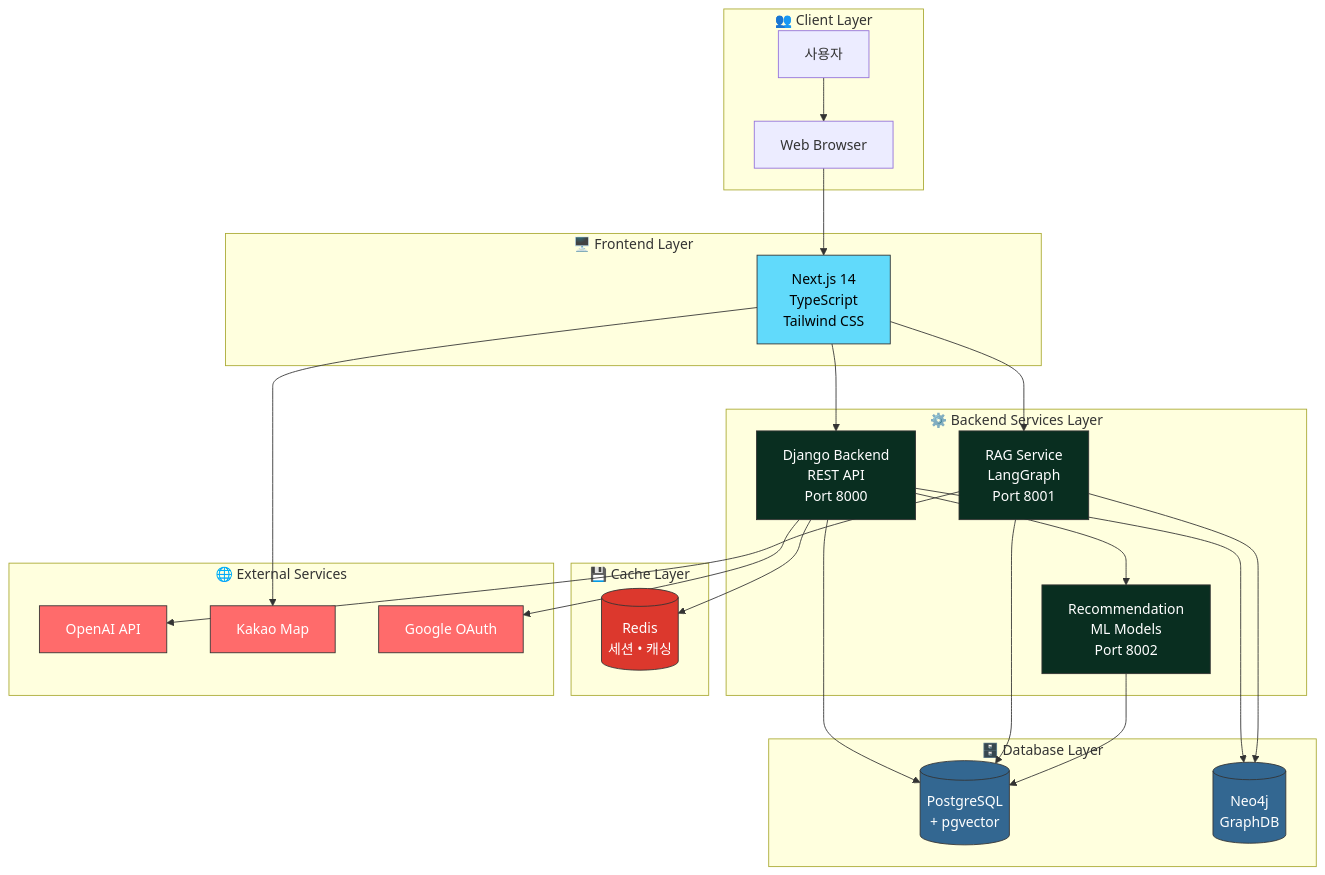
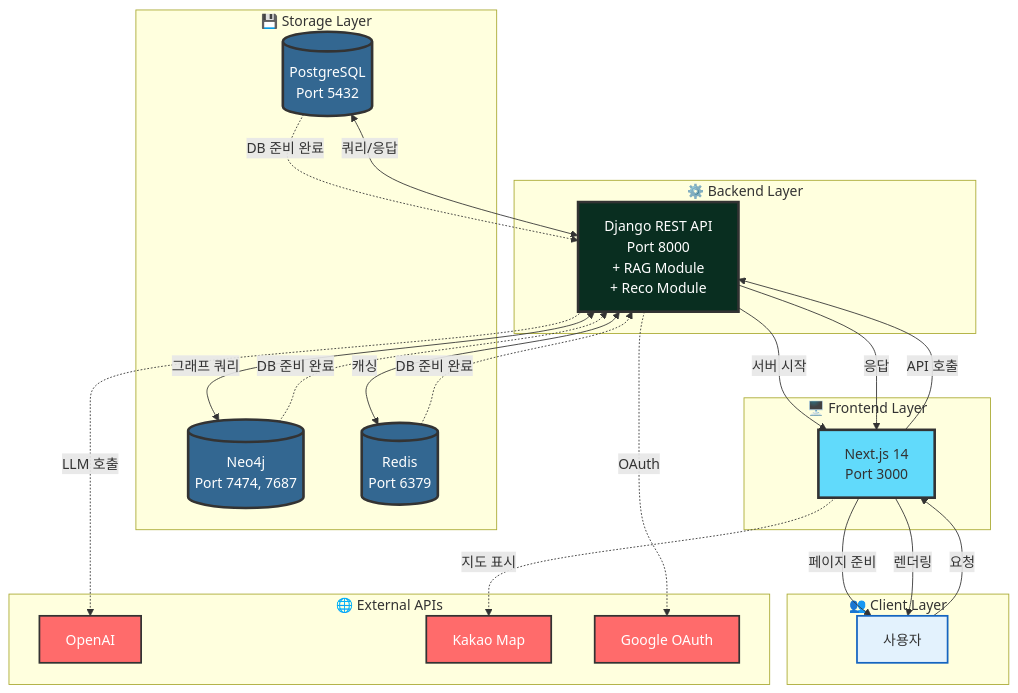
One commit to eunjeong0911/Property-recommend changed the first of 8 diagrams in docs/Architecture_Diagrams.md. Above: the diagram before and after it, drawn with Mermaid. The commit also changed other lines of this file and 4 other files, not shown here.

````diff
--- a/docs/Architecture_Diagrams.md
+++ b/docs/Architecture_Diagrams.md
@@ -5,62 +5,58 @@
 ```mermaid
-flowchart TD
-    subgraph CLIENT["👥 Client Layer"]
-        USER[사용자]
-        WEB[Web Browser]
+flowchart TB
+    subgraph STORAGE["💾 Storage Layer"]
+        POSTGRES[(PostgreSQL<br/>Port 5432)]
+        NEO4J[(Neo4j<br/>Port 7474, 7687)]
+        REDIS[(Redis<br/>Port 6379)]
+    end
+    
+    subgraph BACKEND["⚙️ Backend Layer"]
+        DJANGO[Django REST API<br/>Port 8000<br/>+ RAG Module<br/>+ Reco Module]
     end
     
     subgraph FRONTEND["🖥️ Frontend Layer"]
-        NEXTJS[Next.js 14<br/>TypeScript<br/>Tailwind CSS]
+        NEXTJS[Next.js 14<br/>Port 3000]
     end
     
-    subgraph BACKEND["⚙️ Backend Services Layer"]
-        DJANGO[Django Backend<br/>REST API<br/>Port 8000]
-        RAG[RAG Service<br/>LangGraph<br/>Port 8001]
-        RECO[Recommendation<br/>ML Models<br/>Port 8002]
+    subgraph CLIENT["👥 Client Layer"]
+        USER[사용자]
     end
     
-    subgraph CACHE["💾 Cache Layer"]
-        REDIS[(Redis<br/>세션 • 캐싱)]
-    end
-    
-    subgraph DATABASE["🗄️ Database Layer"]
-        POSTGRES[(PostgreSQL<br/>+ pgvector)]
-        NEO4J[(Neo4j<br/>GraphDB)]
-    end
-    
-    subgraph EXTERNAL["🌐 External Services"]
-        OPENAI[OpenAI API]
+    subgraph EXTERNAL["🌐 External APIs"]
+        OPENAI[OpenAI]
         KAKAO[Kakao Map]
         GOOGLE[Google OAuth]
     end
     
-    USER --> WEB
-    WEB --> NEXTJS
-    NEXTJS --> DJANGO
-    NEXTJS --> RAG
-    NEXTJS --> KAKAO
+    POSTGRES -.->|DB 준비 완료| DJANGO
+    NEO4J -.->|DB 준비 완료| DJANGO
+    REDIS -.->|DB 준비 완료| DJANGO
     
-    DJANGO --> REDIS
-    DJANGO --> POSTGRES
-    DJANGO --> NEO4J
-    DJANGO --> RECO
-    DJANGO --> GOOGLE
+    DJANGO -->|서버 시작| NEXTJS
+    NEXTJS -->|페이지 준비| USER
     
-    RAG --> POSTGRES
-    RAG --> NEO4J
-    RAG --> OPENAI
+    USER -->|요청| NEXTJS
+    NEXTJS -->|API 호출| DJANGO
+    NEXTJS -.->|지도 표시| KAKAO
     
-    RECO --> POSTGRES
+    DJANGO <-->|쿼리/응답| POSTGRES
+    DJANGO <-->|그래프 쿼리| NEO4J
+    DJANGO <-->|캐싱| REDIS
+    DJANGO -.->|LLM 호출| OPENAI
+    DJANGO -.->|OAuth| GOOGLE
     
-    classDef frontend fill:#61dafb,stroke:#333,color:#000
-    classDef backend fill:#092e20,stroke:#333,color:#fff
-    classDef database fill:#336791,stroke:#333,color:#fff
-    classDef cache fill:#dc382d,stroke:#333,color:#fff
-    classDef external fill:#ff6b6b,stroke:#333,color:#fff
+    DJANGO -->|응답| NEXTJS
+    NEXTJS -->|렌더링| USER
     
+    classDef storage fill:#336791,stroke:#333,color:#fff,stroke-width:3px
+    classDef backend fill:#092e20,stroke:#333,color:#fff,stroke-width:3px
+    classDef frontend fill:#61dafb,stroke:#333,stroke-width:3px
+    classDef client fill:#e3f2fd,stroke:#1565c0,stroke-width:2px
+    classDef external fill:#ff6b6b,stroke:#333,color:#fff,stroke-width:2px
+    
+    class POSTGRES,NEO4J,REDIS storage
+    class DJANGO backend
     class NEXTJS frontend
-    class DJANGO,RAG,RECO backend
-    class POSTGRES,NEO4J database
-    class REDIS cache
+    class USER client
     class OPENAI,KAKAO,GOOGLE external
 ```
````
